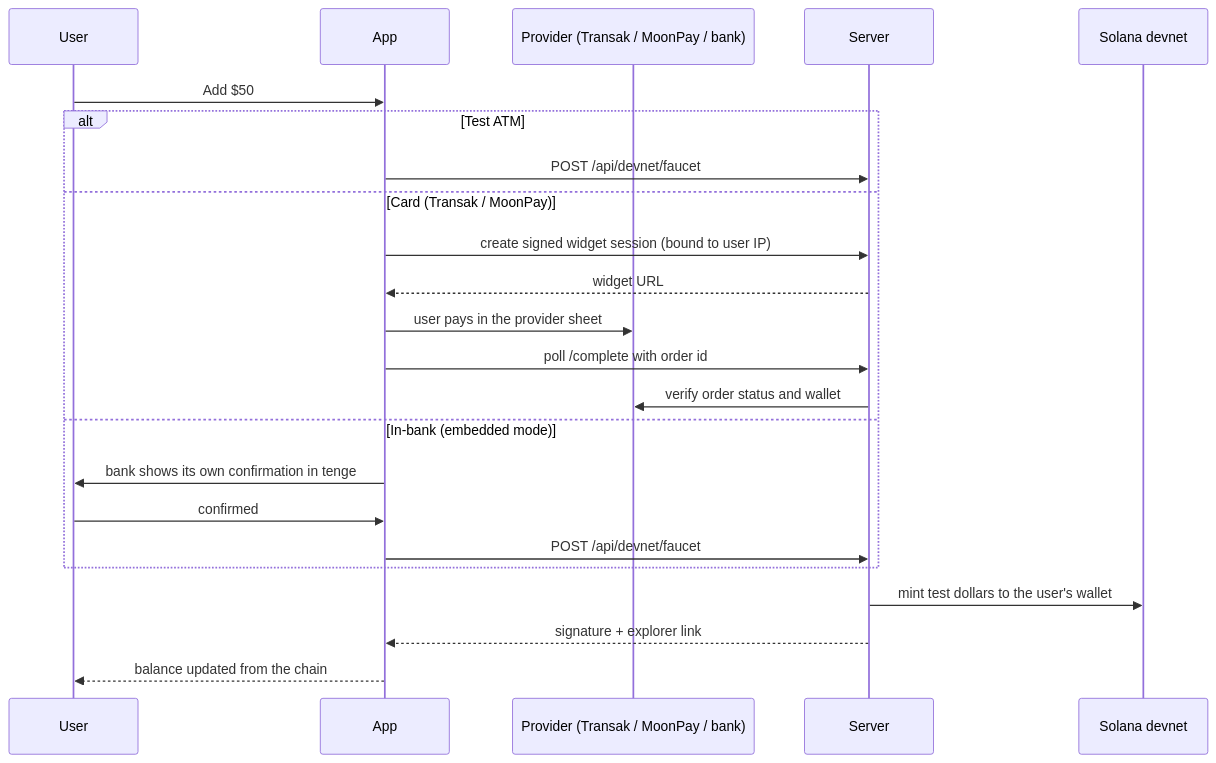
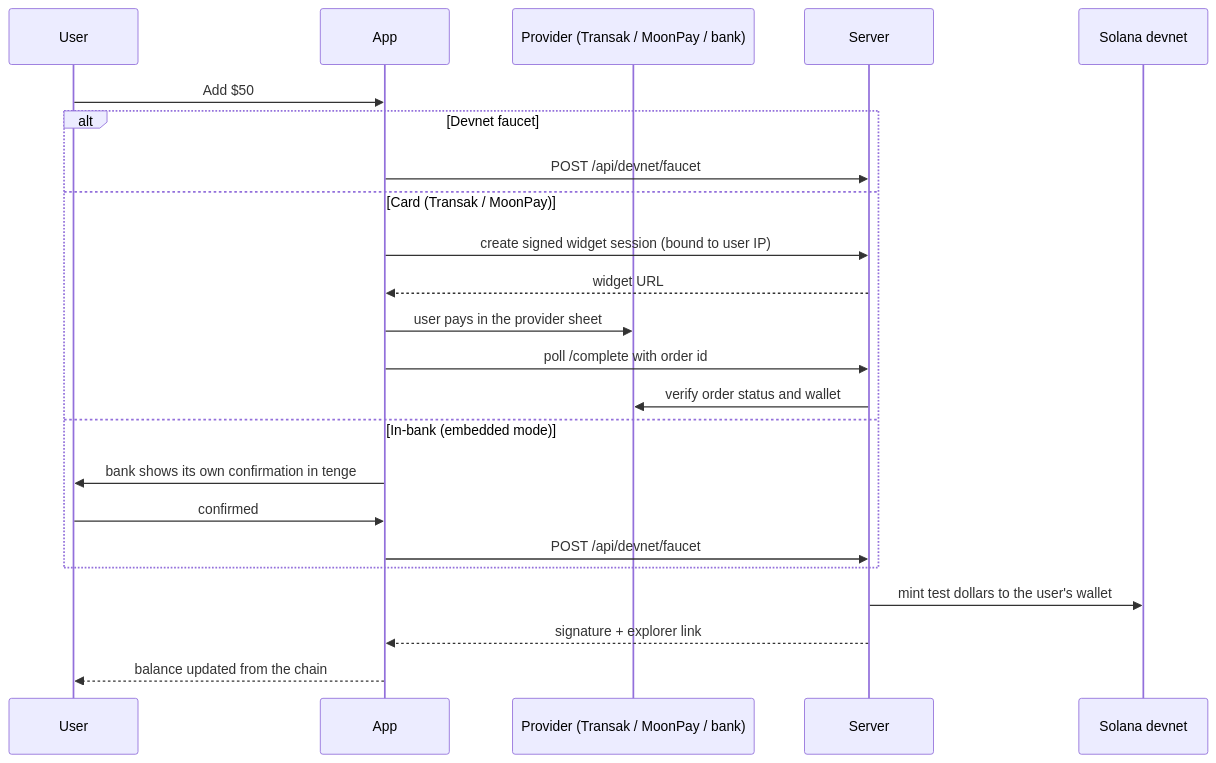
Before and after one commit to lengway/rwa-bridge: the second of 3 diagrams in docs/architecture.md, drawn with Mermaid. The commit also changed other lines of this file and 59 other files, not shown here.

````diff
--- a/docs/architecture.md
+++ b/docs/architecture.md
@@ -71,25 +71,25 @@
 ```mermaid
 sequenceDiagram
   participant U as User
   participant A as App
   participant P as Provider (Transak / MoonPay / bank)
   participant S as Server
   participant C as Solana devnet
   U->>A: Add $50
-  alt Test ATM
+  alt Devnet faucet
     A->>S: POST /api/devnet/faucet
   else Card (Transak / MoonPay)
     A->>S: create signed widget session (bound to user IP)
     S-->>A: widget URL
     A->>P: user pays in the provider sheet
     A->>S: poll /complete with order id
     S->>P: verify order status and wallet
   else In-bank (embedded mode)
     A->>U: bank shows its own confirmation in tenge
     U->>A: confirmed
     A->>S: POST /api/devnet/faucet
   end
   S->>C: mint test dollars to the user's wallet
   S-->>A: signature + explorer link
   A-->>U: balance updated from the chain
 ```
````
